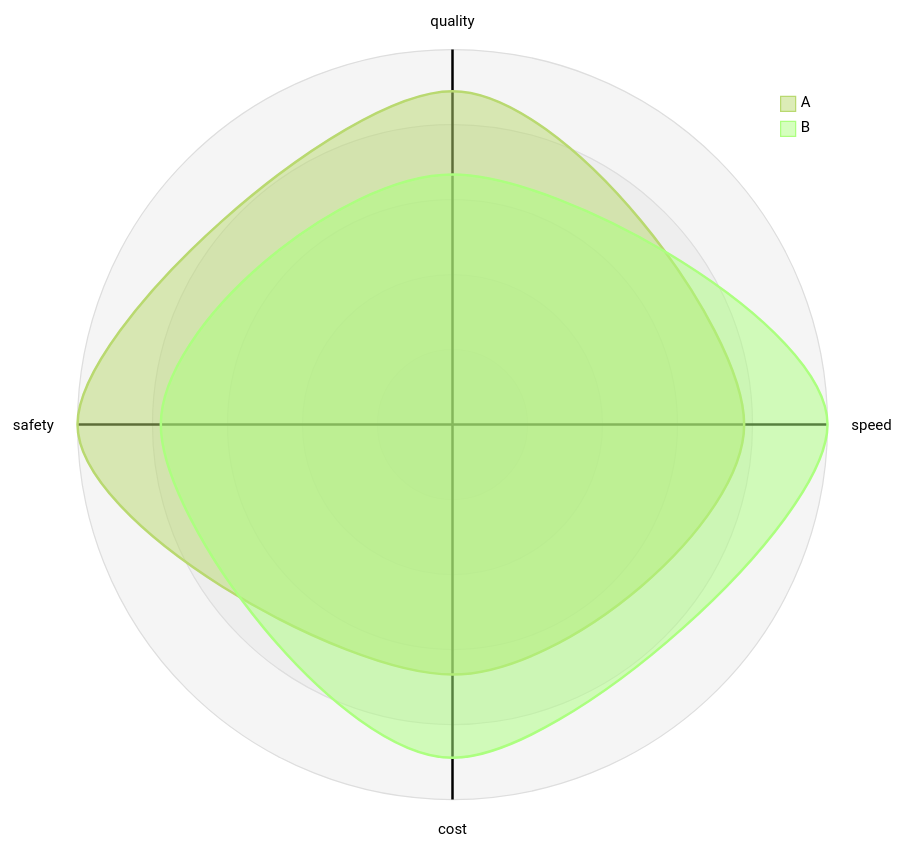
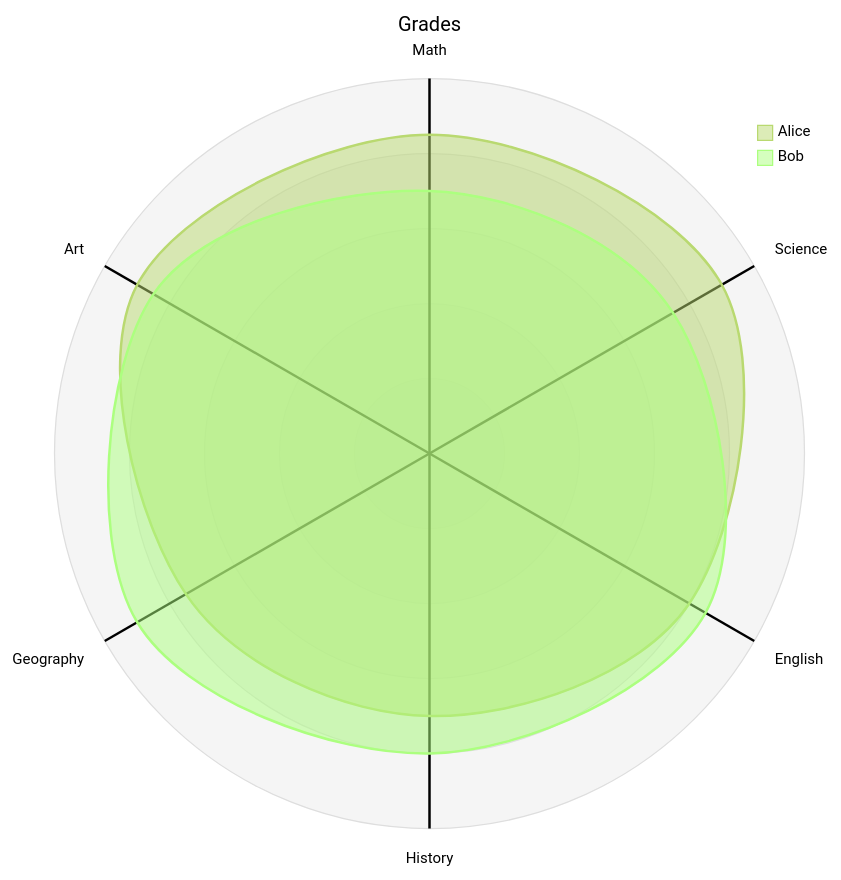
Before and after one commit to LozinLilis/auto-mermaid: the diagram in references/radar.md, drawn with Mermaid (forest theme). The commit also changed other lines of this file and 42 other files, not shown here.

````diff
--- a/references/radar.md
+++ b/references/radar.md
@@ -8,6 +7,13 @@
 ```mermaid
+---
+title: "Grades"
+---
 radar-beta
-    axis quality, speed, cost, safety
-    curve A{8, 7, 6, 9}
-    curve B{6, 9, 8, 7}
+  axis m["Math"], s["Science"], e["English"]
+  axis h["History"], g["Geography"], a["Art"]
+  curve a["Alice"]{85, 90, 80, 70, 75, 90}
+  curve b["Bob"]{70, 75, 85, 80, 90, 85}
+
+  max 100
+  min 0
 ```
````
